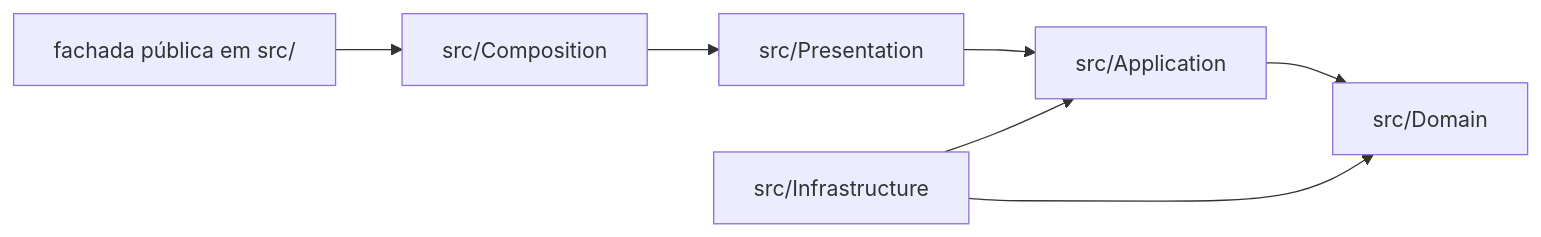
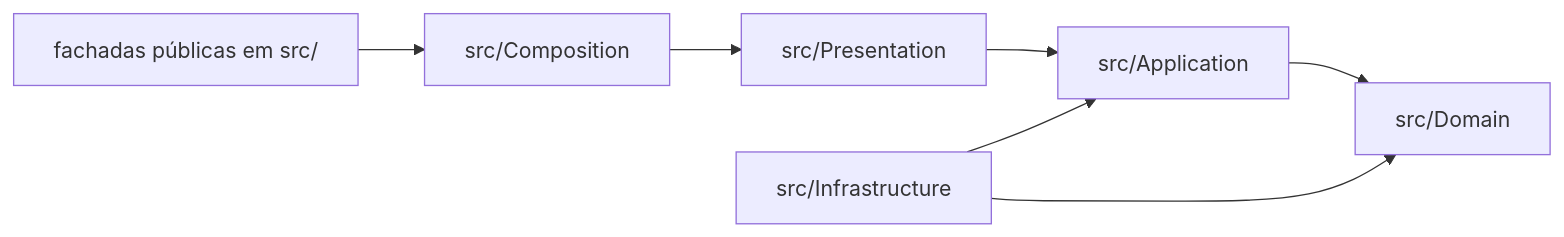
One commit to JhonnyRodrigues/pca-pncp-backend changed the second of 2 diagrams in docs/vigentes/apoio/catalogo_de_diretorios.md. Above: the diagram before and after it, drawn with Mermaid. The commit also changed other lines of this file and 26 other files, not shown here.

````diff
--- a/docs/vigentes/apoio/catalogo_de_diretorios.md
+++ b/docs/vigentes/apoio/catalogo_de_diretorios.md
@@ -49,9 +49,9 @@
 ```mermaid
 flowchart LR
-    PUB[fachada pública em src/] --> COM[src/Composition]
+    PUB[fachadas públicas em src/] --> COM[src/Composition]
     COM --> PRE[src/Presentation]
     PRE --> APP[src/Application]
     APP --> DOM[src/Domain]
     INF[src/Infrastructure] --> APP
     INF --> DOM
 ```
````
